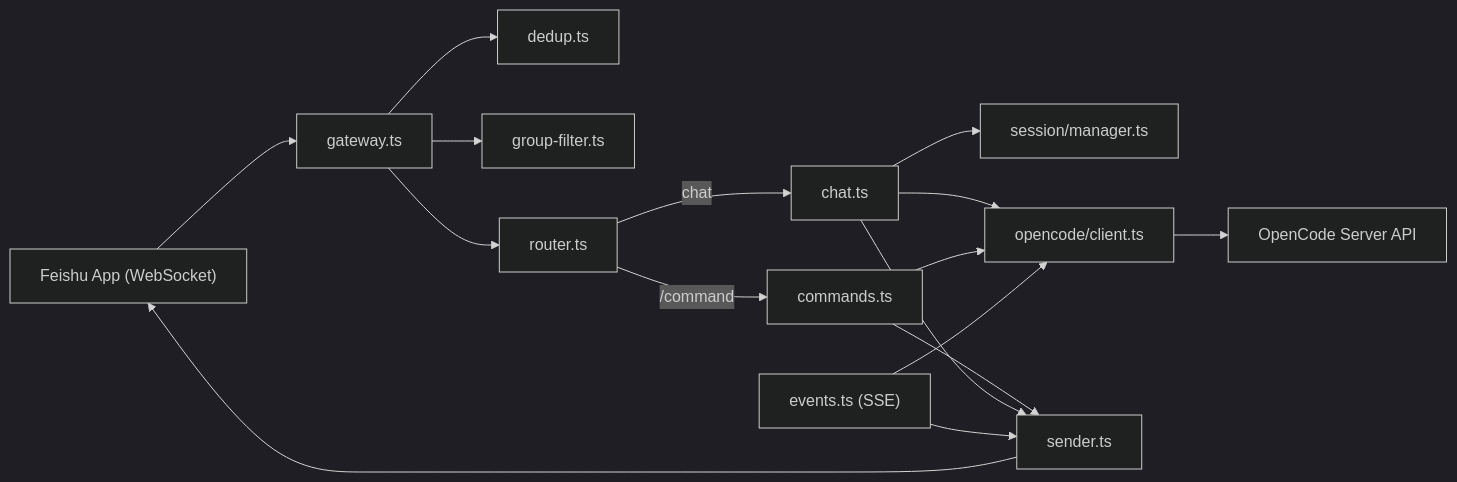
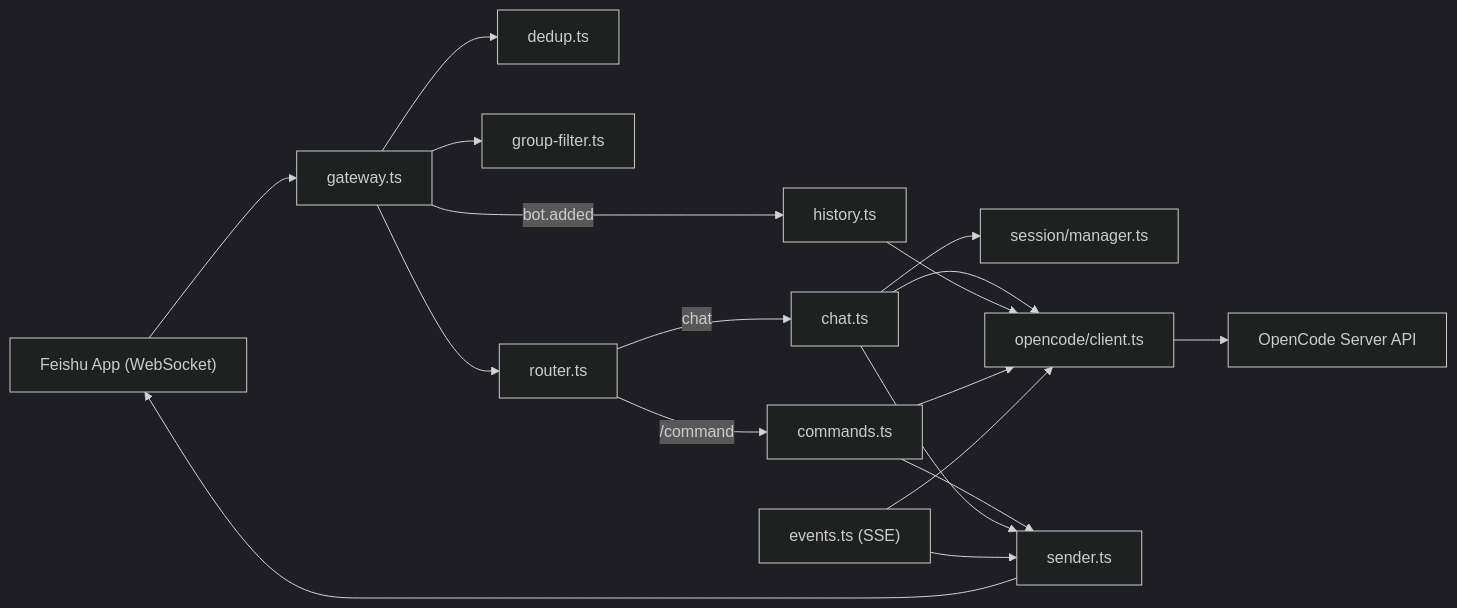
The diagram in README.md (NeverMore93/opencode-feishu), drawn with Mermaid (dark theme) before and after one commit. The commit also changed other lines of this file and 9 other files, not shown here.

````diff
--- a/README.md
+++ b/README.md
@@ -17,18 +18,20 @@
 ```mermaid
 flowchart LR
   FeishuApp["Feishu App (WebSocket)"] --> Gateway["gateway.ts"]
   Gateway --> Dedup["dedup.ts"]
   Gateway --> GroupFilter["group-filter.ts"]
+  Gateway -->|"bot.added"| History["history.ts"]
   Gateway --> Router["router.ts"]
   Router -->|"/command"| Commands["commands.ts"]
   Router -->|"chat"| Chat["chat.ts"]
   Chat --> SessionMgr["session/manager.ts"]
   Chat --> OcClient["opencode/client.ts"]
   OcClient --> OpenCodeAPI["OpenCode Server API"]
+  History --> OcClient
   Commands --> OcClient
   Commands --> Sender["sender.ts"]
   Chat --> Sender
   SSE["events.ts (SSE)"] --> OcClient
   SSE --> Sender
   Sender --> FeishuApp
 ```
````
